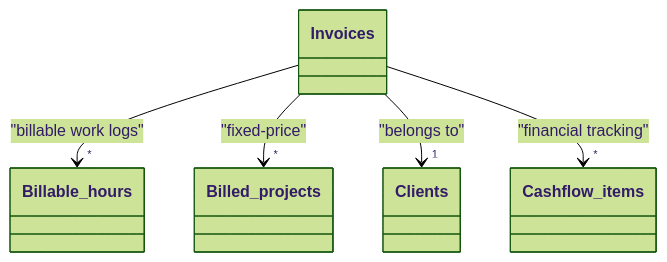
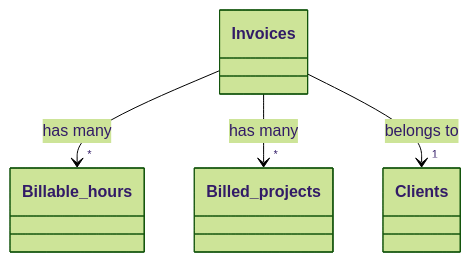
Before and after one commit to MartinMalinda/airtable-invoicing-base-docs: the diagram in docs/invoices.md, drawn with Mermaid (forest theme). The commit also changed other lines of this file and 14 other files, not shown here.

````diff
--- a/docs/invoices.md
+++ b/docs/invoices.md
@@ -41,7 +42,6 @@
 ```mermaid
 classDiagram
-  Invoices --> "*" Billable_hours : "billable work logs"
-  Invoices --> "*" Billed_projects : "fixed‑price"
-  Invoices --> "1" Clients : "belongs to"
-  Invoices --> "*" Cashflow_items : "financial tracking"
+  Invoices --> "*" Billable_hours : has many
+  Invoices --> "*" Billed_projects : has many
+  Invoices --> "1" Clients : belongs to
 ```
````
